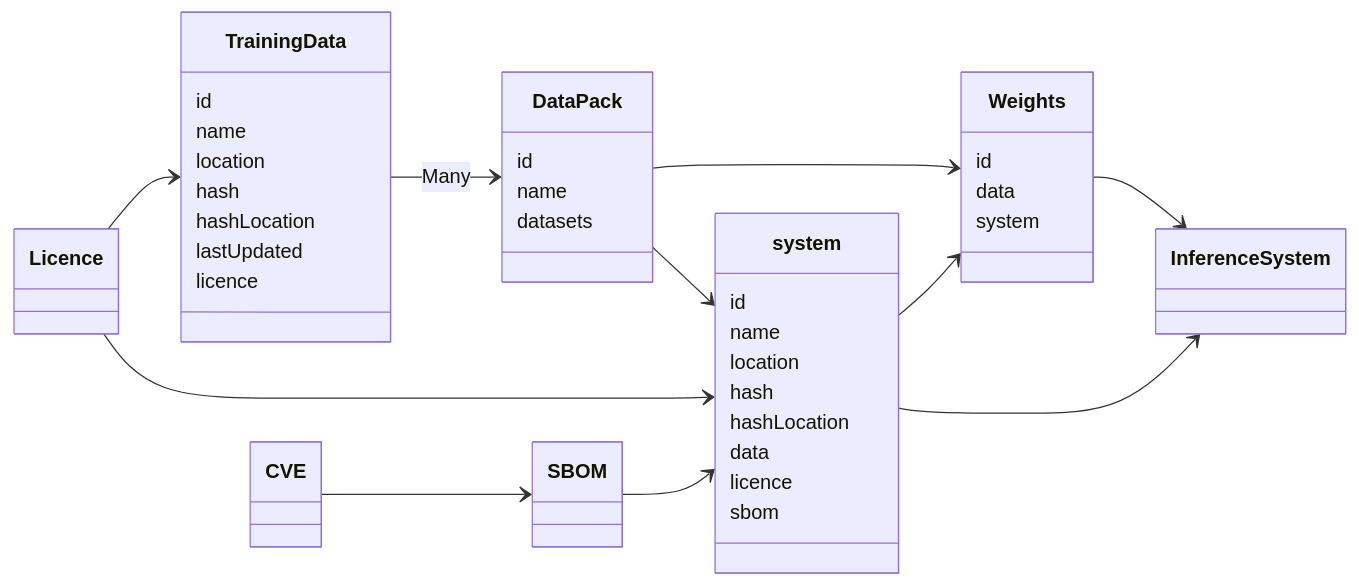
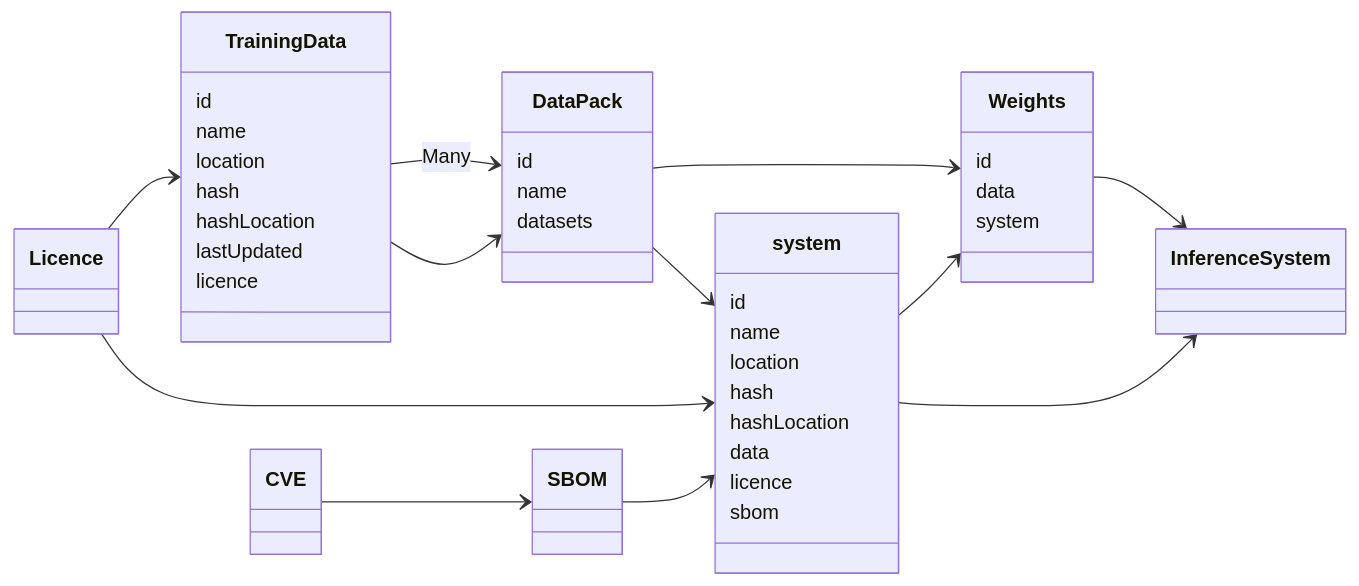
The diagram in packages/docusaurus/docs/working-docs/30-requirements-and-design/30-requirements-and-design.md (nqminds/Trusted-AI-BOM), drawn with Mermaid before and after one commit.

Commit message:
[2024-10-23 06:29:54] Tony McCaigue: Requirements & Design

````diff
--- a/packages/docusaurus/docs/working-docs/30-requirements-and-design/30-requirements-and-design.md
+++ b/packages/docusaurus/docs/working-docs/30-requirements-and-design/30-requirements-and-design.md
@@ -7,61 +7,62 @@
 ```mermaid
 classDiagram 
     direction LR
 
     class DataPack {
         id
         name
         datasets
     }
 
     class TrainingData{
         id
         name
         location
         hash
         hashLocation
         lastUpdated
         licence
     }
 
     class Licence{
     }
 
     class CVE{
     }
 
     class SBOM {
     }
 
     class system {
         id
         name
         location
         hash
         hashLocation
         data
         licence
         sbom
     }
 
 
     class InferenceSystem{
     }
     
     class Weights{
         id
         data
         system
     }
 
     TrainingData  -->  DataPack: Many
+    TrainingData --> DataPack
     DataPack --> system
     DataPack --> Weights
     Weights --> InferenceSystem
     system --> Weights
     system --> InferenceSystem
     Licence --> system
     Licence --> TrainingData
     CVE --> SBOM
     SBOM --> system
 ```
````
